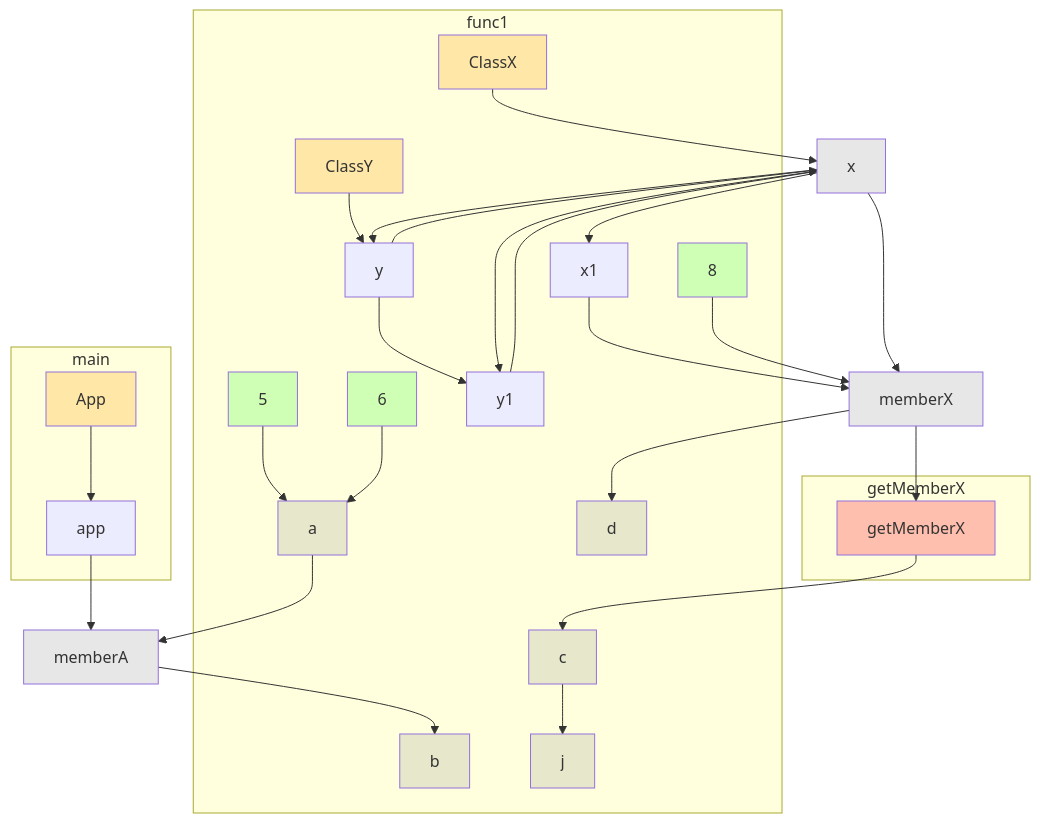
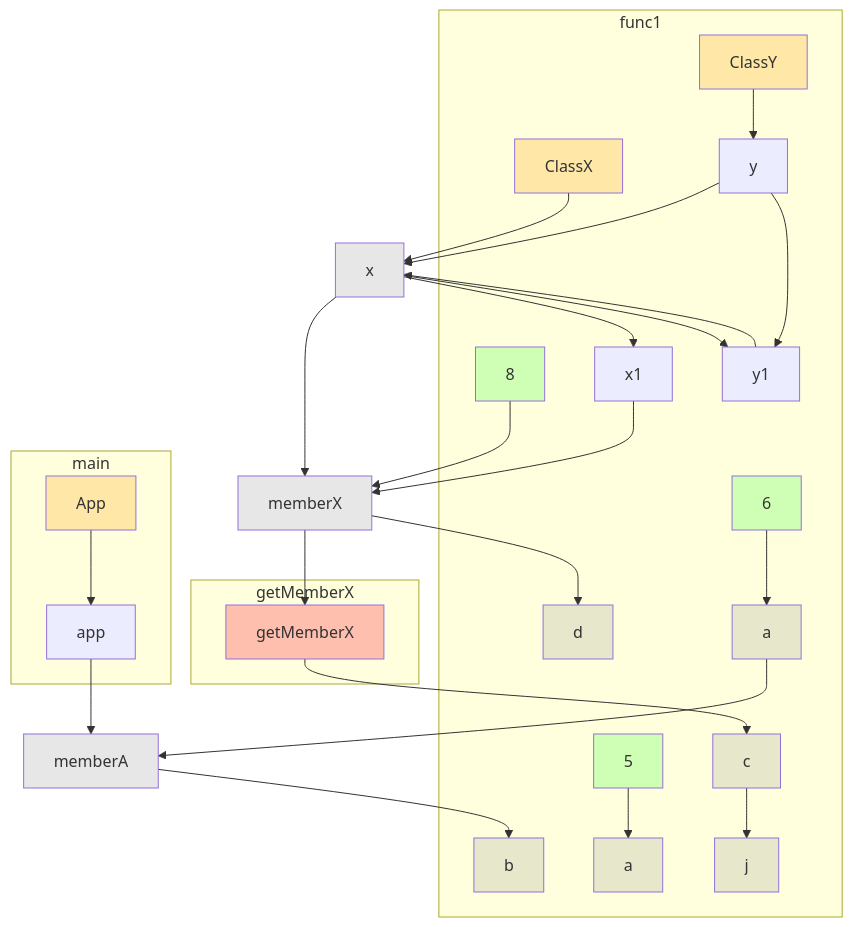
The diagram in app/src/test/resources/member/spike-truth.md (gstiebler/codeflow), drawn with Mermaid before and after one commit. The commit also changed 46 other files, not shown here.

````diff
--- a/app/src/test/resources/member/spike-truth.md
+++ b/app/src/test/resources/member/spike-truth.md
@@ -3,56 +3,56 @@
 ```mermaid
 flowchart TD
   subgraph m0["func1"]
     n0["ClassX"]:::EXTERNAL
     n1["ClassY"]:::EXTERNAL
     n2["5"]:::LITERAL
     n3["6"]:::LITERAL
     n4["8"]:::LITERAL
-    n5["a"]:::VARIABLE
-    n6["b"]:::VARIABLE
-    n7["c"]:::VARIABLE
-    n8["d"]:::VARIABLE
-    n9["j"]:::VARIABLE
-    n10["x1"]:::OBJ_VARIABLE
-    n11["y"]:::OBJ_VARIABLE
-    n12["y1"]:::OBJ_VARIABLE
+    n5["x1"]:::OBJ_VARIABLE
+    n6["y1"]:::OBJ_VARIABLE
+    n7["y"]:::OBJ_VARIABLE
+    n8["a"]:::VARIABLE
+    n9["a"]:::VARIABLE
+    n10["b"]:::VARIABLE
+    n11["c"]:::VARIABLE
+    n12["d"]:::VARIABLE
+    n13["j"]:::VARIABLE
   end
   subgraph m1["main"]
-    n13["App"]:::EXTERNAL
-    n14["app"]:::OBJ_VARIABLE
+    n14["App"]:::EXTERNAL
+    n15["app"]:::OBJ_VARIABLE
   end
   subgraph m2["getMemberX"]
-    n15["getMemberX"]:::RETURN
+    n16["getMemberX"]:::RETURN
   end
-  n16["memberA"]:::VARIABLE
-  n17["memberX"]:::VARIABLE
-  n18["x"]:::VARIABLE
-  n0 --> n18
-  n1 --> n11
-  n10 --> n17
-  n11 --> n12
-  n11 --> n18
-  n12 --> n18
-  n13 --> n14
-  n14 --> n16
-  n15 --> n7
-  n16 --> n6
-  n17 --> n15
-  n17 --> n8
-  n18 --> n10
-  n18 --> n11
+  n17["memberA"]:::VARIABLE
+  n18["memberX"]:::VARIABLE
+  n19["x"]:::VARIABLE
+  n0 --> n19
+  n1 --> n7
+  n11 --> n13
+  n14 --> n15
+  n15 --> n17
+  n16 --> n11
+  n17 --> n10
   n18 --> n12
-  n18 --> n17
-  n2 --> n5
-  n3 --> n5
-  n4 --> n17
-  n5 --> n16
-  n7 --> n9
+  n18 --> n16
+  n19 --> n18
+  n19 --> n5
+  n19 --> n6
+  n2 --> n8
+  n3 --> n9
+  n4 --> n18
+  n5 --> n18
+  n6 --> n19
+  n7 --> n19
+  n7 --> n6
+  n9 --> n17
   classDef LITERAL fill:#00FF0030
   classDef VARIABLE fill:#80808030
   classDef BIN_OP fill:#80808080
   classDef FUNC_PARAM fill:#8080FF30
   classDef RETURN fill:#FF808080
   classDef EXTERNAL fill:#FFA50040
   classDef UNMODELLED fill:#FF000030,stroke-dasharray: 4 2
 ```
````
